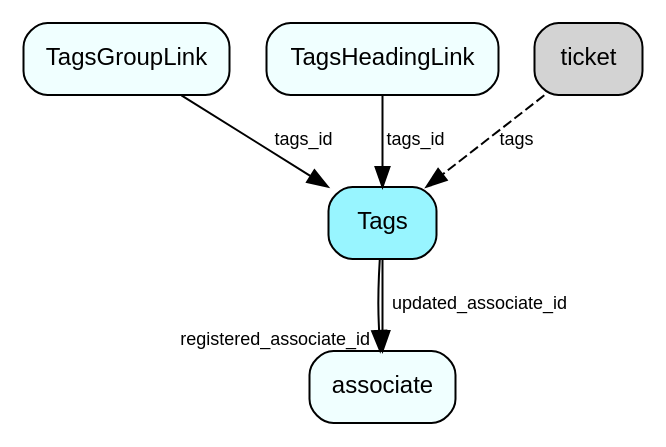
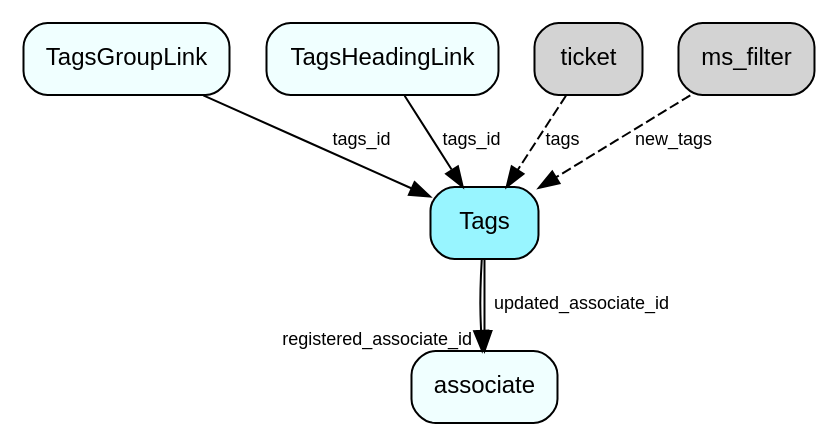
One commit to SuperOfficeDocs/superoffice-docs changed the diagram in docs/database/tables/media/Tags.dot. Above: the diagram before and after it, drawn with Graphviz. The commit also changed 688 other files, not shown here.

```diff
--- a/docs/database/tables/media/Tags.dot
+++ b/docs/database/tables/media/Tags.dot
@@ -1,14 +1,15 @@
 digraph Tags  {
 node [shape = box style="rounded, filled" fontname = "Helvetica" fontsize = "12" ]
 edge [fontname = "Helvetica" fontsize = "9"]
 
 Tags[fillcolor = "cadetblue1"]
 associate[fillcolor = "azure1"]
 TagsGroupLink[fillcolor = "azure1"]
 TagsHeadingLink[fillcolor = "azure1"]
 Tags -> associate [headlabel = "registered_associate_id"]
 Tags -> associate [label = "updated_associate_id"]
 ticket -> Tags [label = "tags" style="dashed"]
+ms_filter -> Tags [label = "new_tags" style="dashed"]
 TagsGroupLink -> Tags [label = "tags_id"]
 TagsHeadingLink -> Tags [label = "tags_id"]
 }
```
